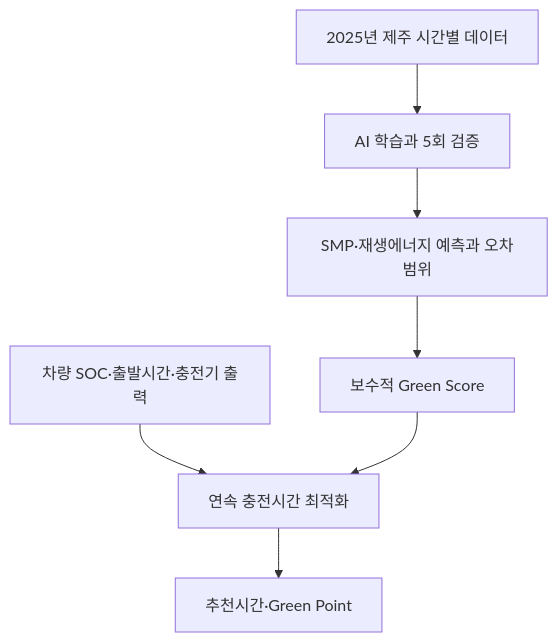
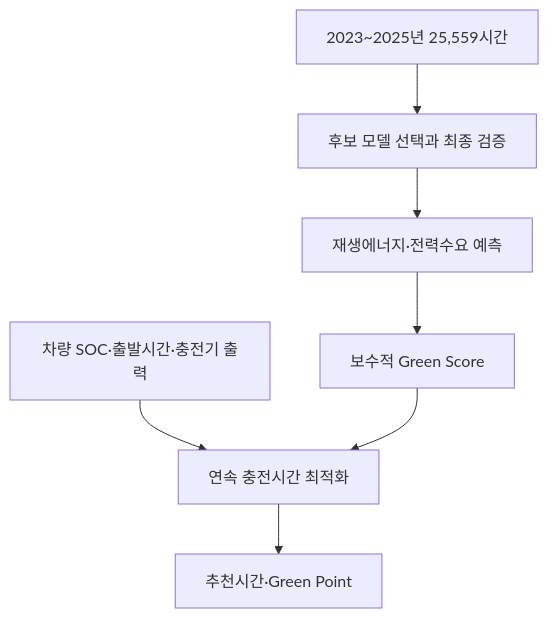
One commit to minho0432/jeju-green-flex-ai changed the first of 2 diagrams in TEAM_EXPLANATION.md. Above: the diagram before and after it, drawn with Mermaid. The commit also changed other lines of this file and 24 other files, not shown here.

````diff
--- a/TEAM_EXPLANATION.md
+++ b/TEAM_EXPLANATION.md
@@ -33,9 +33,9 @@
 ```mermaid
 flowchart TD
-    A["2025년 제주 시간별 데이터"] --> B["AI 학습과 5회 검증"]
-    B --> C["SMP·재생에너지 예측과 오차범위"]
+    A["2023~2025년 25,559시간"] --> B["후보 모델 선택과 최종 검증"]
+    B --> C["재생에너지·전력수요 예측"]
     C --> D["보수적 Green Score"]
     E["차량 SOC·출발시간·충전기 출력"] --> F["연속 충전시간 최적화"]
     D --> F
     F --> G["추천시간·Green Point"]
 ```
````
